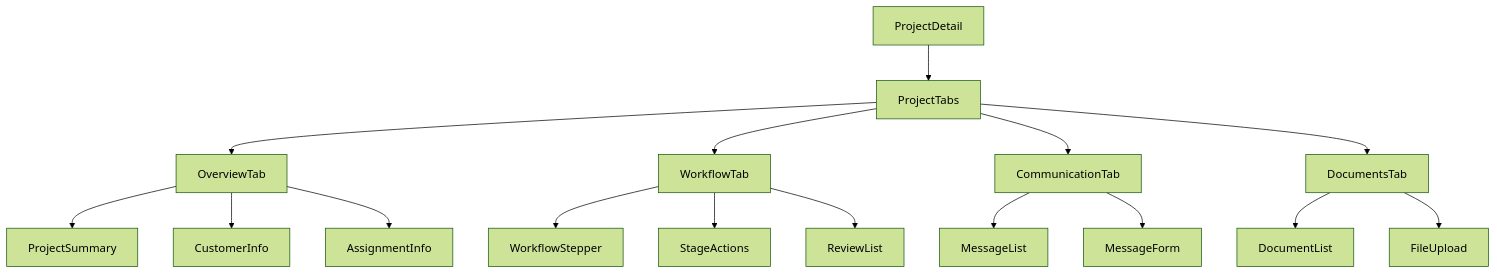
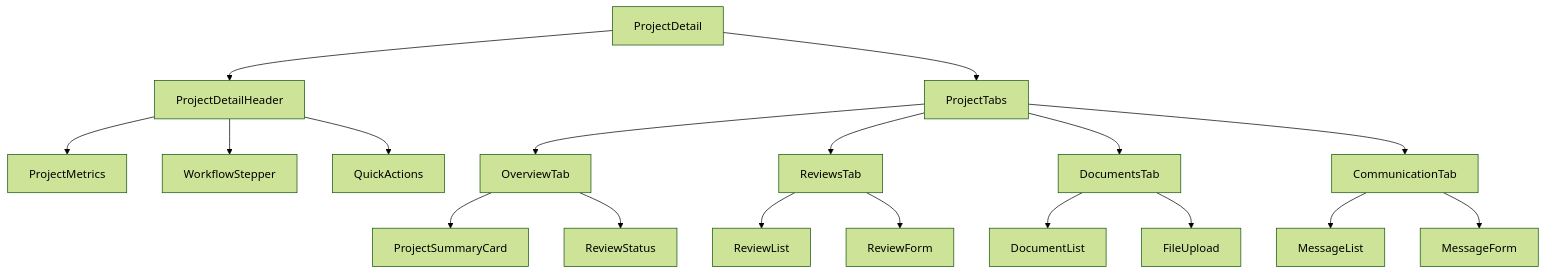
Before and after one commit to tongvtdan/apillis-mfg: the second of 9 diagrams in docs/project-management-system/component-architecture.md, drawn with Mermaid (forest theme). The commit also changed other lines of this file and 9 other files, not shown here.

````diff
--- a/docs/project-management-system/component-architecture.md
+++ b/docs/project-management-system/component-architecture.md
@@ -125,22 +127,26 @@
 ```mermaid
 graph TD
-    A[ProjectDetail] --> B[ProjectTabs]
-    B --> C[OverviewTab]
-    B --> D[WorkflowTab]
-    B --> E[CommunicationTab]
-    B --> F[DocumentsTab]
+    A[ProjectDetail] --> B[ProjectDetailHeader]
+    A --> C[ProjectTabs]
     
-    C --> G[ProjectSummary]
-    C --> H[CustomerInfo]
-    C --> I[AssignmentInfo]
+    B --> D[ProjectMetrics]
+    B --> E[WorkflowStepper]
+    B --> F[QuickActions]
     
-    D --> J[WorkflowStepper]
-    D --> K[StageActions]
-    D --> L[ReviewList]
+    C --> G[OverviewTab]
+    C --> H[ReviewsTab]
+    C --> I[DocumentsTab]
+    C --> J[CommunicationTab]
     
-    E --> M[MessageList]
-    E --> N[MessageForm]
+    G --> K[ProjectSummaryCard]
+    G --> L[ReviewStatus]
     
-    F --> O[DocumentList]
-    F --> P[FileUpload]
+    H --> M[ReviewList]
+    H --> N[ReviewForm]
+    
+    I --> O[DocumentList]
+    I --> P[FileUpload]
+    
+    J --> Q[MessageList]
+    J --> R[MessageForm]
 ```
````
